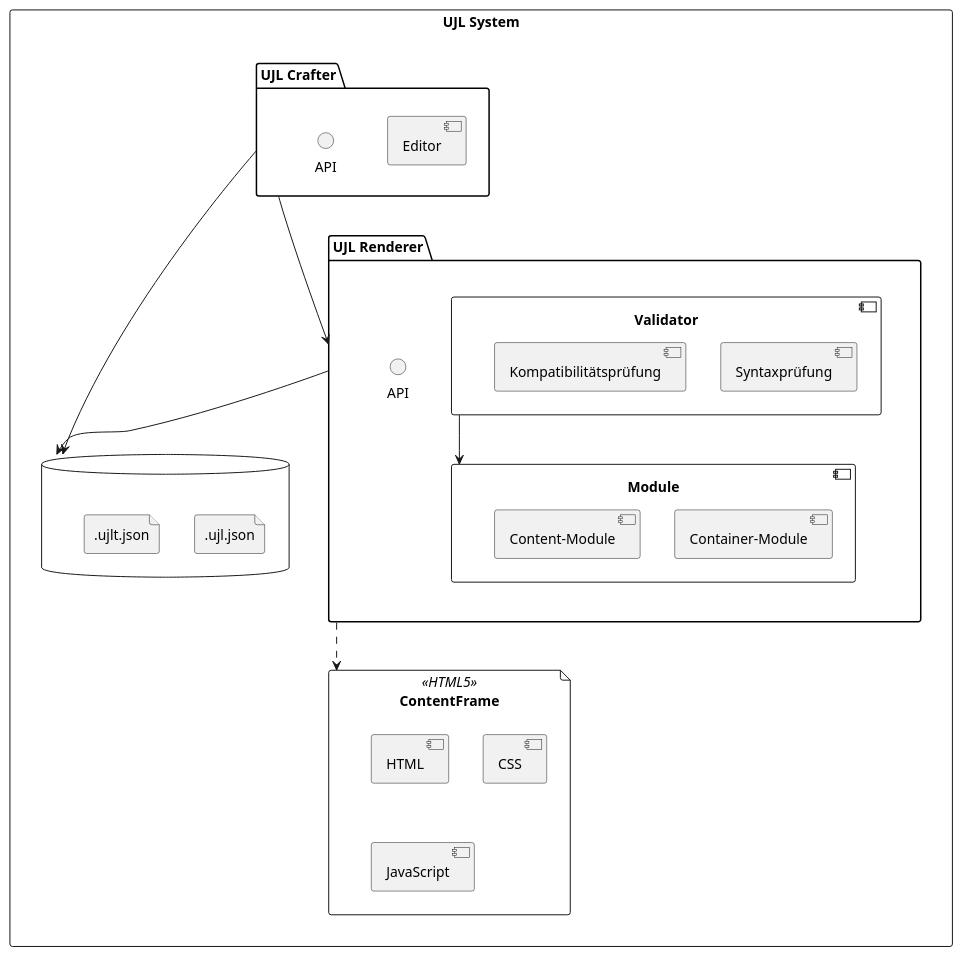
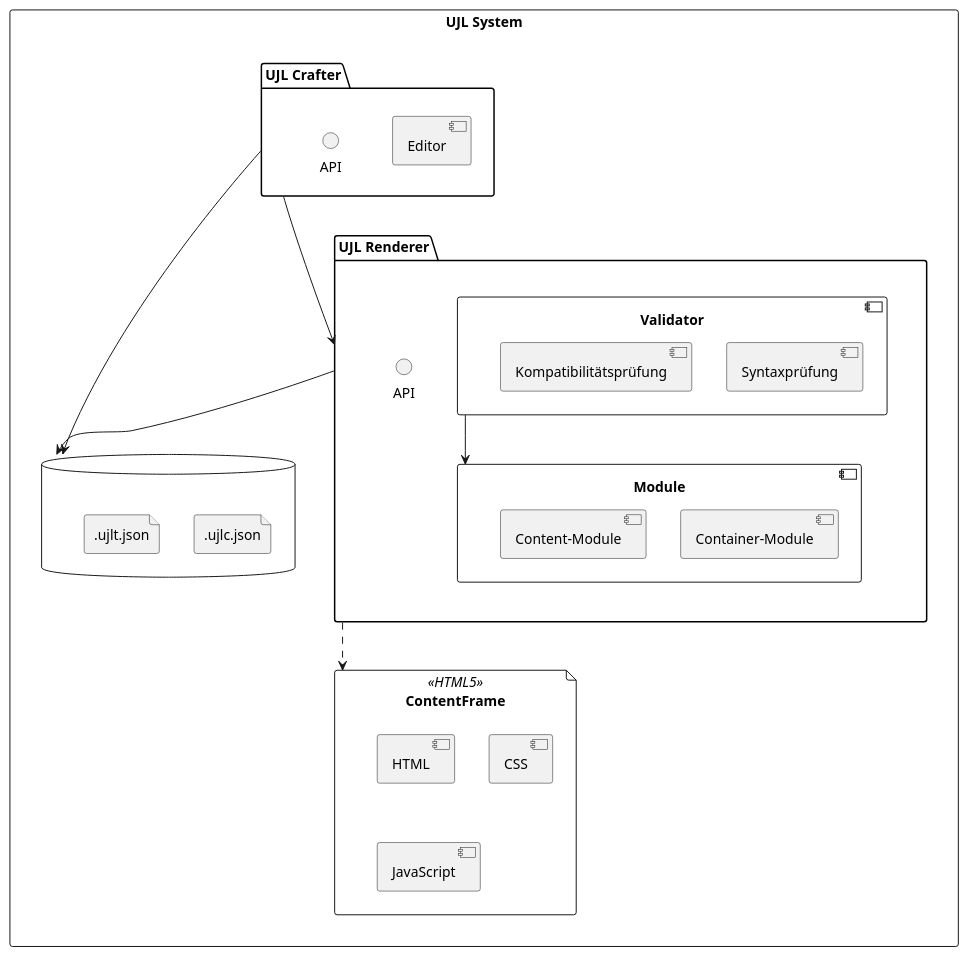
One commit to mainzcript/ujl changed the diagram in apps/docs/src/05-building-block-view.md. Above: the diagram before and after it, drawn with PlantUML. The commit also changed other lines of this file and 131 other files, not shown here.

````diff
--- a/apps/docs/src/05-building-block-view.md
+++ b/apps/docs/src/05-building-block-view.md
@@ -16,44 +16,44 @@
 ```plantuml
 @startuml
 
 rectangle "UJL System" {
     package "UJL Renderer"as Renderer {
             component [Validator] {
                 component [Syntaxprüfung]
                 component [Kompatibilitätsprüfung]
             }
             component "Module" as Components {
                 component [Container-Module]
                 component [Content-Module]
             }
             interface API as RendererAPI
         }
 
     package "UJL Crafter" as Crafter {
 
         component [Editor]
 
         interface API as CrafterAPI
     }
 
     database " " as "Speicher" {
-            file ".ujl.json" as UJLFile
+            file ".ujlc.json" as UJLFile
             file ".ujlt.json" as DesignConfig
         }
 
     file [ContentFrame] <<HTML5>>{
         [HTML]
         [CSS]
         [JavaScript]
     }
 
 
     [Crafter] --> [Renderer]
     [Validator] -down-> [Components]
     [Crafter] -right-> [Speicher]
     [Renderer] --> [Speicher]
     [Renderer] ...down.> [ContentFrame]
 }
 
 @enduml
 ```
````
